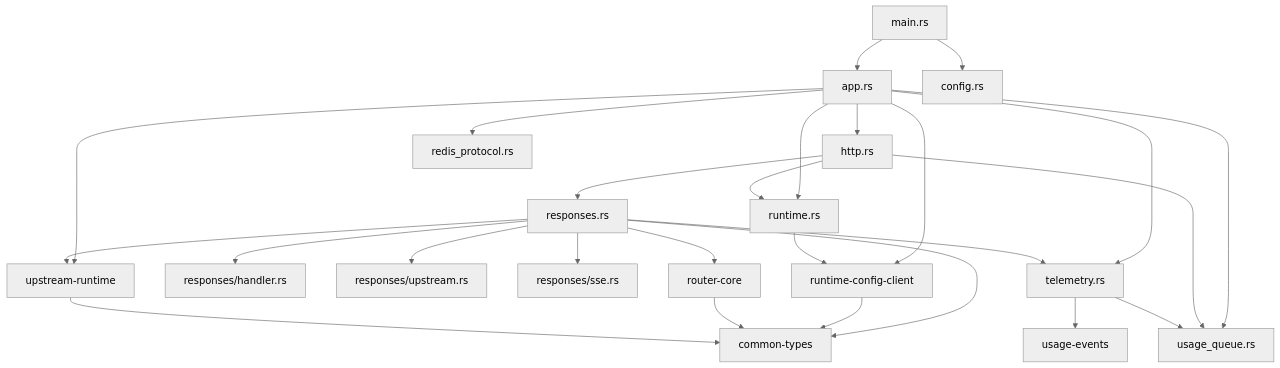
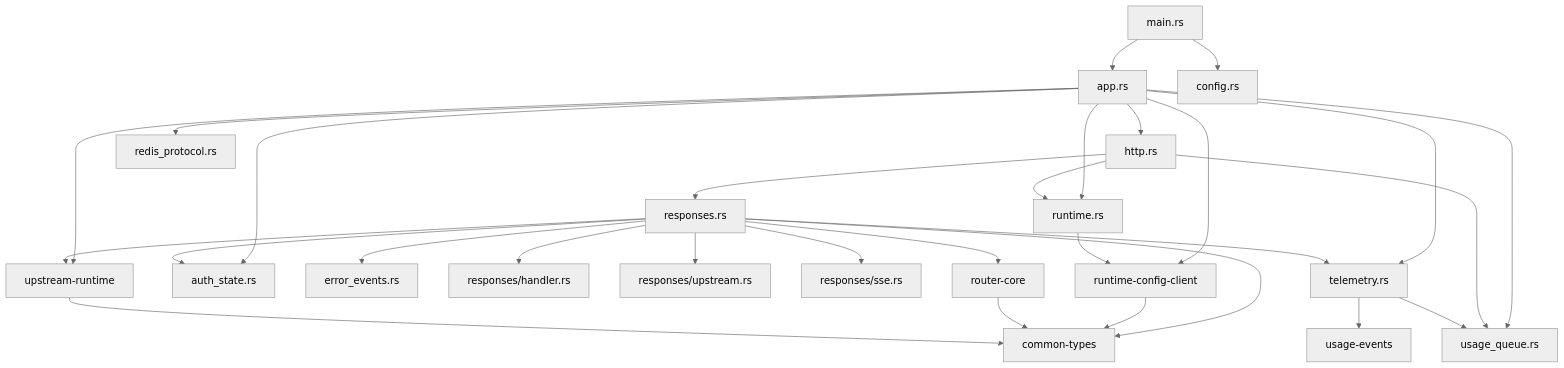
Before and after one commit to howard12358/OXCLIProxyAPI: the second of 7 diagrams in rust/cliproxy-data-plane/docs/current/当前架构说明.md, drawn with Mermaid (neutral theme). The commit also changed other lines of this file and 18 other files, not shown here.

````diff
--- a/rust/cliproxy-data-plane/docs/current/当前架构说明.md
+++ b/rust/cliproxy-data-plane/docs/current/当前架构说明.md
@@ -61,46 +62,51 @@
 ```mermaid
 flowchart TD
     Main[main.rs]
     App[app.rs]
     Config[config.rs]
     Runtime[runtime.rs]
     Http[http.rs]
     Telemetry[telemetry.rs]
     UsageQueue[usage_queue.rs]
+    AuthState[auth_state.rs]
+    ErrorEvents[error_events.rs]
     RedisProtocol[redis_protocol.rs]
     Responses[responses.rs]
     ResponsesHandler[responses/handler.rs]
     ResponsesUpstream[responses/upstream.rs]
     ResponsesSse[responses/sse.rs]
     RCC[runtime-config-client]
     RouterCore[router-core]
     UpstreamRuntime[upstream-runtime]
     UsageEvents[usage-events]
     Common[common-types]
 
     Main --> Config
     Main --> App
     App --> Runtime
     App --> RCC
     App --> UpstreamRuntime
     App --> Http
     App --> Telemetry
     App --> UsageQueue
+    App --> AuthState
     App --> RedisProtocol
     Http --> Responses
     Http --> Runtime
     Http --> UsageQueue
     Responses --> Telemetry
+    Responses --> AuthState
+    Responses --> ErrorEvents
     Responses --> RouterCore
     Responses --> UpstreamRuntime
     Responses --> Common
     Responses --> ResponsesHandler
     Responses --> ResponsesUpstream
     Responses --> ResponsesSse
     Telemetry --> UsageEvents
     Telemetry --> UsageQueue
     Runtime --> RCC
     RCC --> Common
     RouterCore --> Common
     UpstreamRuntime --> Common
 ```
````
